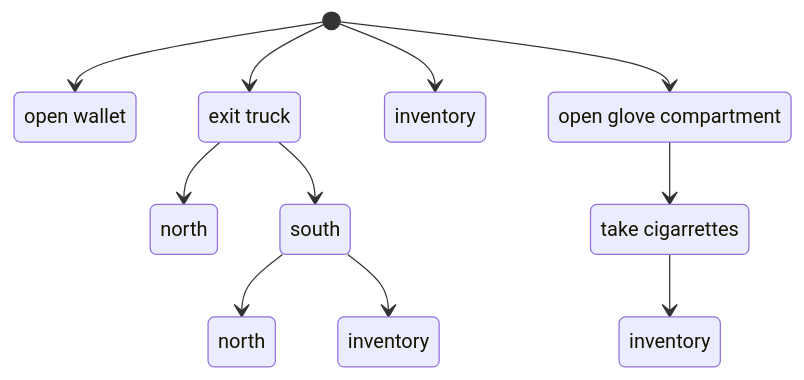
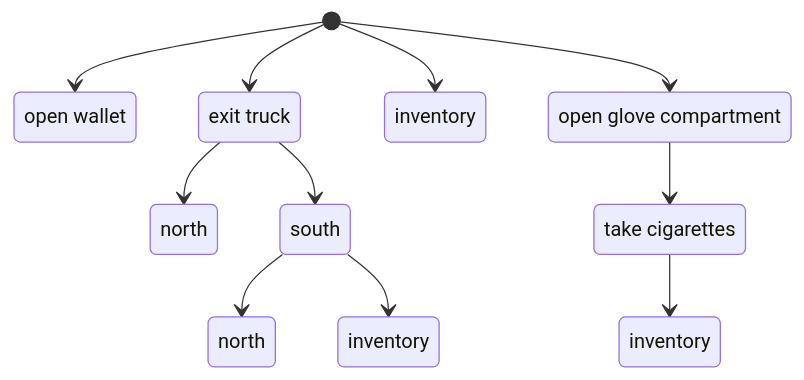
Before and after one commit to hlship/dialog-tool: the diagram in doc/skein.md, drawn with Mermaid. The commit also changed other lines of this file, not shown here.

````diff
--- a/doc/skein.md
+++ b/doc/skein.md
@@ -26,24 +26,24 @@
 ```mermaid
 stateDiagram
   direction TB
   [*] --> openwallet
   [*] --> exittruck
   [*] --> i1
   [*] --> openglove
   exittruck --> n1
   exittruck --> s1
   s1 --> n2
   s1 --> i2
   openglove --> takecigs
   openwallet:open wallet
   exittruck:exit truck
   i1:inventory
   openglove:open glove compartment
   n1:north
   s1:south
   n2:north
   i2:inventory
-  takecigs:take cigarrettes
+  takecigs:take cigarettes
   takecigs --> i3
   i3: inventory
 ```
````
